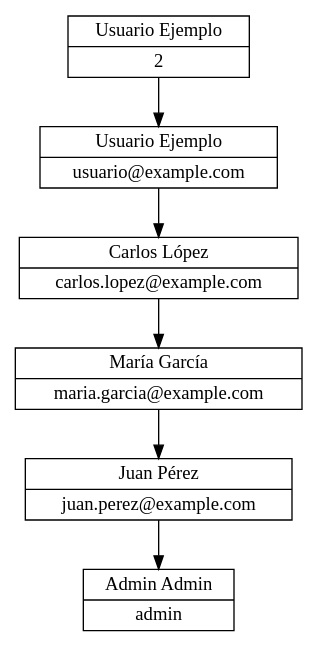
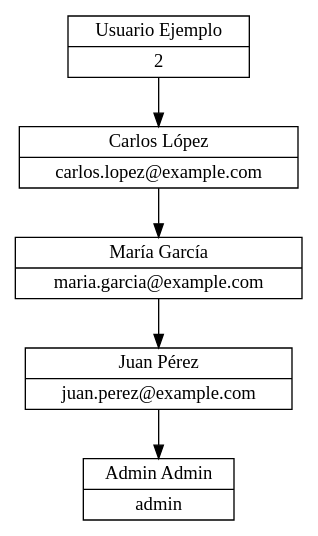
One commit to LightDemon12/-EDD-PROYECTOS_202100215 changed the diagram in Fase#1/cmake-build-debug/lista_enlazada.dot. Above: the diagram before and after it, drawn with Graphviz. The commit also changed 92 other files, not shown here.

```diff
--- a/Fase#1/cmake-build-debug/lista_enlazada.dot
+++ b/Fase#1/cmake-build-debug/lista_enlazada.dot
@@ -1,14 +1,12 @@
 digraph G {
 node [shape=record];
 node0 [label="{Usuario Ejemplo | 2}"];
-node1 [label="{Usuario Ejemplo | usuario@example.com}"];
-node2 [label="{Carlos López | carlos.lopez@example.com}"];
-node3 [label="{María García | maria.garcia@example.com}"];
-node4 [label="{Juan Pérez | juan.perez@example.com}"];
-node5 [label="{Admin Admin | admin}"];
+node1 [label="{Carlos López | carlos.lopez@example.com}"];
+node2 [label="{María García | maria.garcia@example.com}"];
+node3 [label="{Juan Pérez | juan.perez@example.com}"];
+node4 [label="{Admin Admin | admin}"];
 node0 -> node1;
 node1 -> node2;
 node2 -> node3;
 node3 -> node4;
-node4 -> node5;
 }
```
